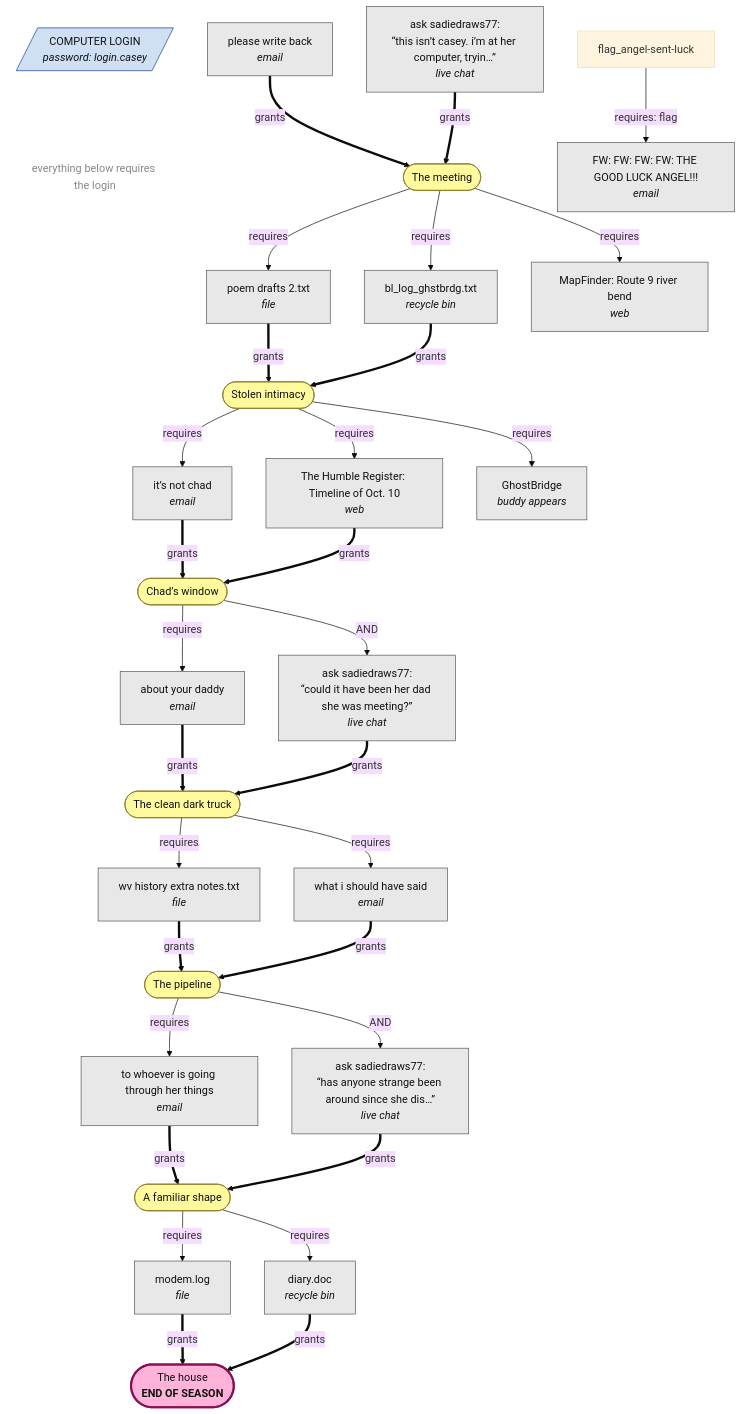
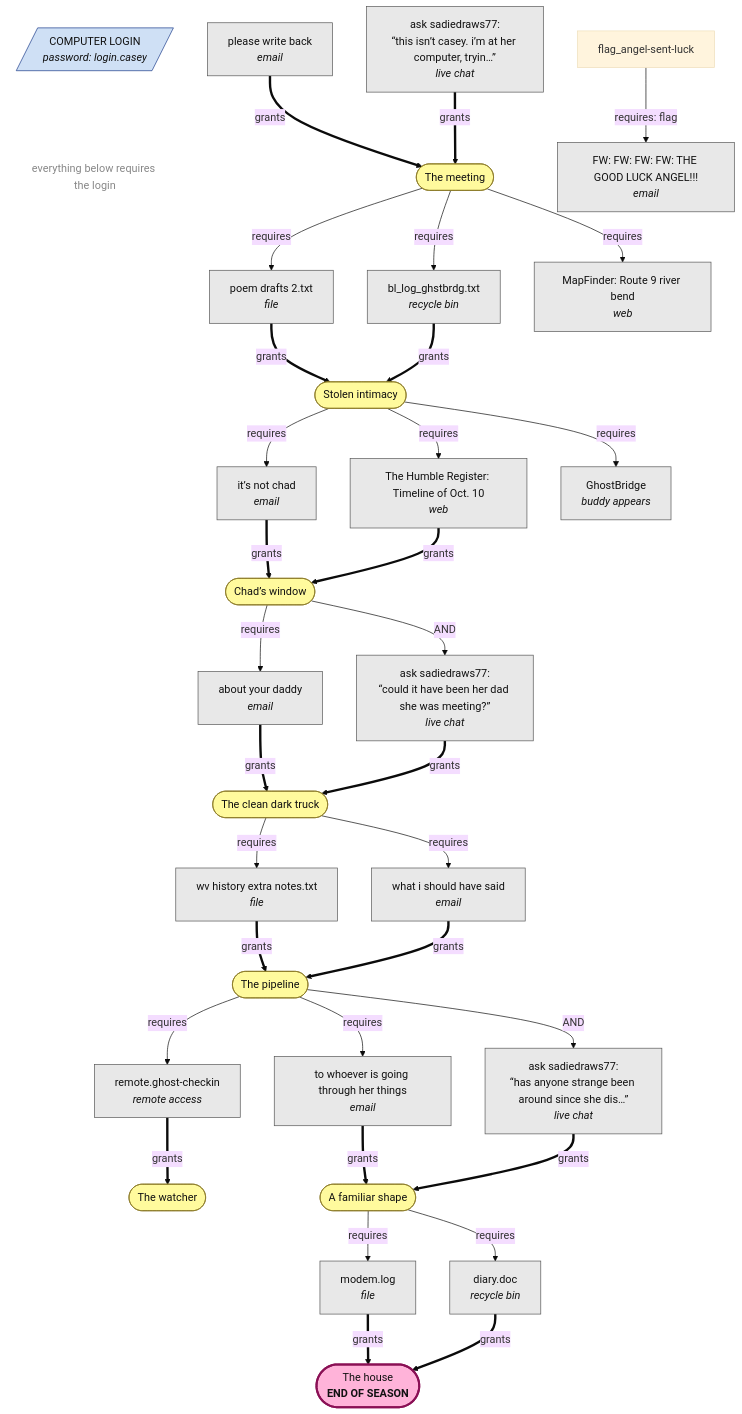
One commit to adamthedorsey/last-login changed the diagram in docs/clue-graph.md. Above: the diagram before and after it, drawn with Mermaid (base theme). The commit also changed other lines of this file and 11 other files, not shown here.

````diff
--- a/docs/clue-graph.md
+++ b/docs/clue-graph.md
@@ -9,63 +9,67 @@
 ```mermaid
 flowchart TD
   classDef discovery fill:#fffa9d,stroke:#887722,color:#111
   classDef finale fill:#ffb3d9,stroke:#8a1055,color:#111,stroke-width:3px
   classDef item fill:#e8e8e8,stroke:#555,color:#111
   classDef locked fill:#cfe0f5,stroke:#1a3a8a,color:#111
   classDef note fill:none,stroke:none,color:#888
   login[/"COMPUTER LOGIN<br/><i>password: login.casey</i>"/]:::locked
   login ~~~ loginNote["everything below requires the login"]:::note
   d_the_meeting(["The meeting"]):::discovery
   d_stolen_intimacy(["Stolen intimacy"]):::discovery
   d_chads_window(["Chad’s window"]):::discovery
   d_the_clean_truck(["The clean dark truck"]):::discovery
   d_the_pipeline(["The pipeline"]):::discovery
+  d_the_watcher(["The watcher"]):::discovery
   d_who_shaped(["A familiar shape"]):::discovery
   d_the_house(["The house<br/><b>END OF SEASON</b>"]):::finale
   i_file_ledger_copy["wv history extra notes.txt<br/><i>file</i>"]:::item
   i_file_ledger_copy ==>|grants| d_the_pipeline
   d_the_clean_truck -->|requires| i_file_ledger_copy
   i_file_gb_log_oct8["poem drafts 2.txt<br/><i>file</i>"]:::item
   i_file_gb_log_oct8 ==>|grants| d_stolen_intimacy
   d_the_meeting -->|requires| i_file_gb_log_oct8
   i_file_modem_log["modem.log<br/><i>file</i>"]:::item
   i_file_modem_log ==>|grants| d_the_house
   d_who_shaped -->|requires| i_file_modem_log
   i_email_sadie_please["please write back<br/><i>email</i>"]:::item
   i_email_sadie_please ==>|grants| d_the_meeting
   i_email_angel_chain2["FW: FW: FW: FW: THE GOOD LUCK ANGEL!!!<br/><i>email</i>"]:::item
   flag_angel-sent-luck -->|requires: flag| i_email_angel_chain2
   i_email_sadie_notchad["it’s not chad<br/><i>email</i>"]:::item
   i_email_sadie_notchad ==>|grants| d_chads_window
   d_stolen_intimacy -->|requires| i_email_sadie_notchad
   i_email_ruth_yourdad["about your daddy<br/><i>email</i>"]:::item
   i_email_ruth_yourdad ==>|grants| d_the_clean_truck
   d_chads_window -->|requires| i_email_ruth_yourdad
   i_email_sam_plain["what i should have said<br/><i>email</i>"]:::item
   i_email_sam_plain ==>|grants| d_the_pipeline
   d_the_clean_truck -->|requires| i_email_sam_plain
   i_email_rebecca["to whoever is going through her things<br/><i>email</i>"]:::item
   i_email_rebecca ==>|grants| d_who_shaped
   d_the_pipeline -->|requires| i_email_rebecca
   i_trash_bl_log["bl_log_ghstbrdg.txt<br/><i>recycle bin</i>"]:::item
   i_trash_bl_log ==>|grants| d_stolen_intimacy
   d_the_meeting -->|requires| i_trash_bl_log
   i_trash_diary["diary.doc<br/><i>recycle bin</i>"]:::item
   i_trash_diary ==>|grants| d_the_house
   d_who_shaped -->|requires| i_trash_diary
   i_web_register_timeline["The Humble Register: Timeline of Oct. 10<br/><i>web</i>"]:::item
   i_web_register_timeline ==>|grants| d_chads_window
   d_stolen_intimacy -->|requires| i_web_register_timeline
   i_web_mapfinder_bend["MapFinder: Route 9 river bend<br/><i>web</i>"]:::item
   d_the_meeting -->|requires| i_web_mapfinder_bend
   b_GhostBridge["GhostBridge<br/><i>buddy appears</i>"]:::item
   d_stolen_intimacy -->|requires| b_GhostBridge
   c_sadiedraws77_intro["ask sadiedraws77:<br/>“this isn’t casey. i’m at her computer, tryin…”<br/><i>live chat</i>"]:::item
   c_sadiedraws77_intro ==>|grants| d_the_meeting
   c_sadiedraws77_frank["ask sadiedraws77:<br/>“could it have been her dad she was meeting?”<br/><i>live chat</i>"]:::item
   c_sadiedraws77_frank ==>|grants| d_the_clean_truck
   d_chads_window -->|AND| c_sadiedraws77_frank
   c_sadiedraws77_vigil["ask sadiedraws77:<br/>“has anyone strange been around since she dis…”<br/><i>live chat</i>"]:::item
   c_sadiedraws77_vigil ==>|grants| d_who_shaped
   d_the_pipeline -->|AND| c_sadiedraws77_vigil
+  r_remote_ghost_checkin["remote.ghost-checkin<br/><i>remote access</i>"]:::item
+  r_remote_ghost_checkin ==>|grants| d_the_watcher
+  d_the_pipeline -->|requires| r_remote_ghost_checkin
 ```
````
